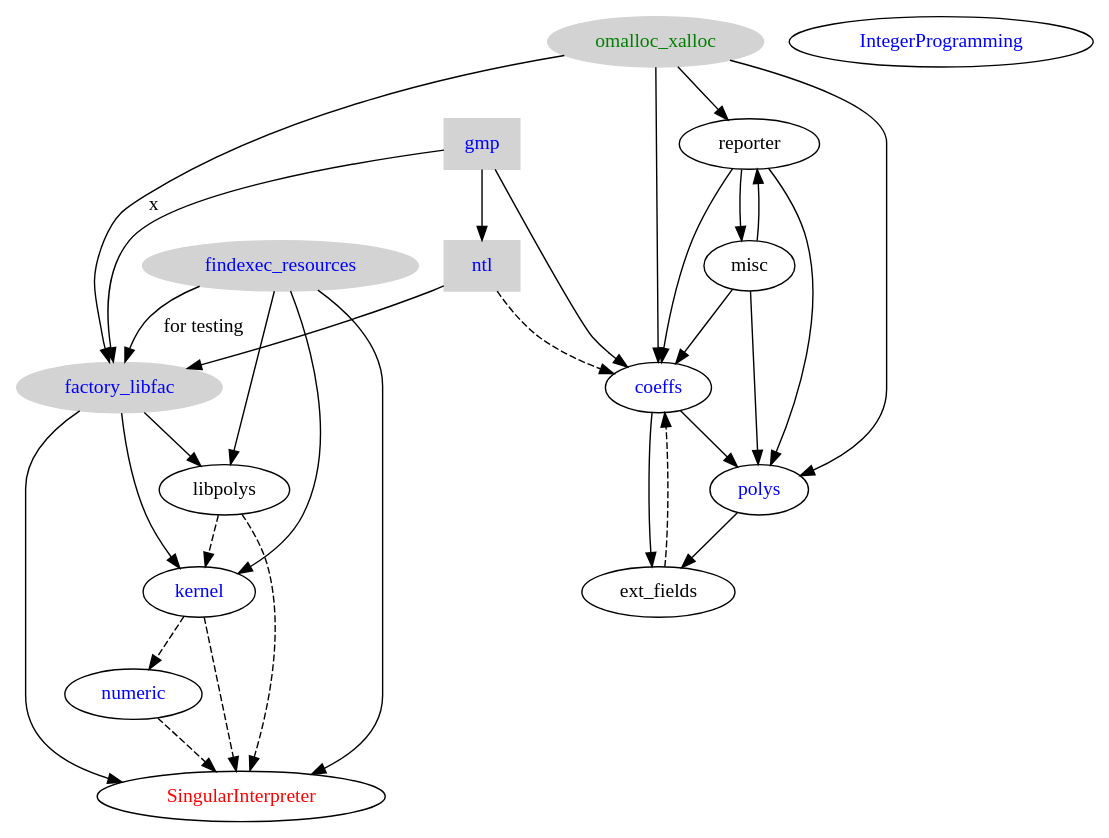
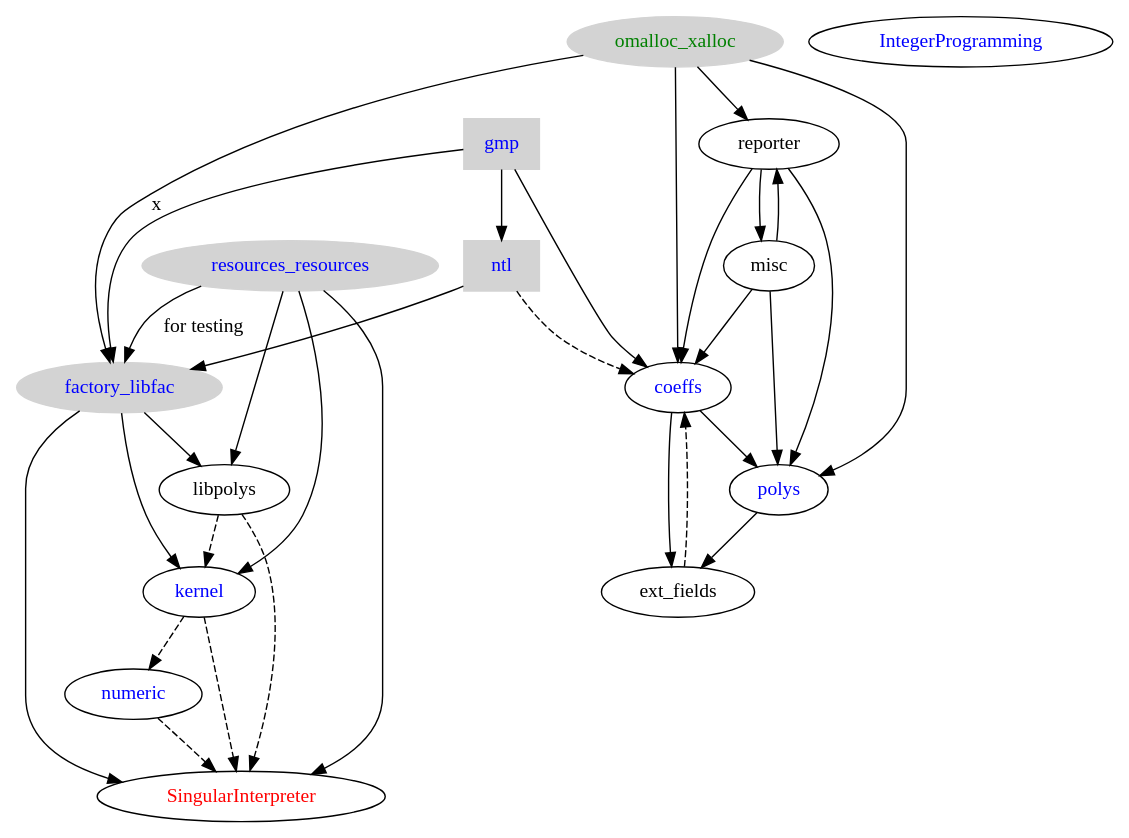
The diagram in singular.dot (Singular/Singular), drawn with Graphviz before and after one commit. The commit also changed 31 other files, not shown here.

Commit message:
Code update corresponding to renaming findexec into resources

```diff
--- a/singular.dot
+++ b/singular.dot
@@ -1,57 +1,57 @@
 digraph singular {
 	gmp [ color=lightgrey, fontcolor=blue, style=filled, shape=box ];
 	gmp -> ntl;
 	gmp -> factory_libfac;
 	gmp -> coeffs;
 	ntl [ color=lightgrey, fontcolor=blue, style=filled, shape=box ];
 	ntl -> factory_libfac;
 	omalloc_xalloc [ color=lightgrey, fontcolor=green, style=filled ];
 	omalloc_xalloc -> factory_libfac [label="x"];
 	omalloc_xalloc -> reporter;
 	omalloc_xalloc -> coeffs;
 	omalloc_xalloc -> polys;
 
-        findexec_resources [ color=lightgrey, fontcolor=blue, style=filled ];
-	findexec_resources -> factory_libfac [label="for testing"];
-	findexec_resources -> libpolys;
-	findexec_resources -> kernel;
-	findexec_resources -> SingularInterpreter;
+        resources_resources [ color=lightgrey, fontcolor=blue, style=filled ];
+	resources_resources -> factory_libfac [label="for testing"];
+	resources_resources -> libpolys;
+	resources_resources -> kernel;
+	resources_resources -> SingularInterpreter;
 
         factory_libfac [ color=lightgrey, fontcolor=blue, style=filled ];
 	factory_libfac -> libpolys;
 	factory_libfac -> kernel;
 	factory_libfac -> SingularInterpreter;
 	
 	misc -> reporter;
 	misc -> coeffs;
 	misc -> polys;
 	reporter -> coeffs;
 	reporter -> polys;
 	reporter -> misc;	
 	polys -> ext_fields;
 	coeffs -> ext_fields;	
         coeffs [ fontcolor=blue ];
 	coeffs -> polys;
 	edge [style=dashed];
 	ntl -> coeffs;
 	polys [ fontcolor=blue ];
 	ext_fields -> coeffs;
 
         kernel [ fontcolor=blue ];
 
         libpolys -> kernel;
         numeric [ fontcolor=blue ];
 	kernel -> numeric;
 	kernel -> SingularInterpreter;
         SingularInterpreter [ fontcolor=red ];
         numeric -> SingularInterpreter;
         libpolys -> SingularInterpreter;
 	
         IntegerProgramming [ fontcolor=blue ];
 }
 
 // dot -Tpng -o singular.png singular.dot
 
 // boxed = third party
 // filled = external
 // blue = math
```
